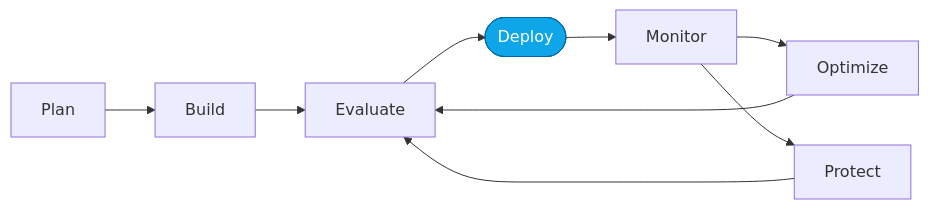
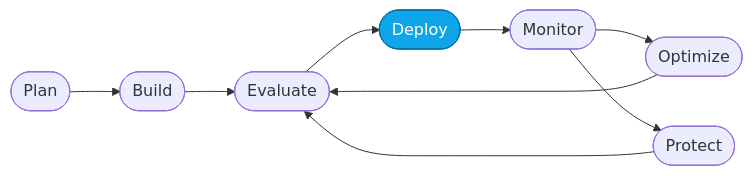
Before and after one commit to microsoft-foundry/agent-optimization-workshop: the diagram in labs/fundamentals/05-deploy-hosted-agent.md, drawn with Mermaid. The commit also changed other lines of this file and 17 other files, not shown here.

````diff
--- a/labs/fundamentals/05-deploy-hosted-agent.md
+++ b/labs/fundamentals/05-deploy-hosted-agent.md
@@ -13,7 +13,7 @@
 ```mermaid
 flowchart LR
-    Plan --> Build --> Evaluate --> Deploy([Deploy]):::active --> Monitor --> Optimize --> Evaluate
-    Monitor --> Protect --> Evaluate
+    Plan([Plan]) --> Build([Build]) --> Evaluate([Evaluate]) --> Deploy([Deploy]):::active --> Monitor([Monitor]) --> Optimize([Optimize]) --> Evaluate
+    Monitor --> Protect([Protect]) --> Evaluate
 
     classDef active fill:#0ea5e9,stroke:#0369a1,color:#fff;
 ```
````
